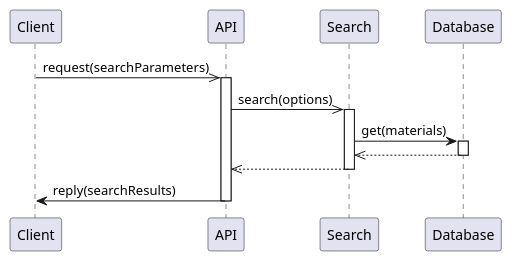
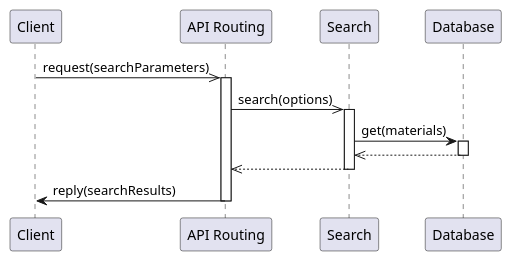
The diagram in docs/uml/sequence.puml (toffernator/blueberry), drawn with PlantUML before and after one commit. The commit also changed 4 other files, not shown here.

Commit message:
Update a bunch of SDD diagrams (#153)

```diff
--- a/docs/uml/sequence.puml
+++ b/docs/uml/sequence.puml
@@ -1,21 +1,22 @@
 @startuml
 participant Client
+Participant "API Routing" as API
 
 Client ->> API: request(searchParameters)
 activate API
 
 API ->> Search: search(options)
 activate Search
 
 Search -> Database: get(materials)
 activate Database
 Database -->> Search
 deactivate Database
 
 Search -->> API
 deactivate Search
 
 API -> Client: reply(searchResults)
 deactivate API
 
 @enduml
```
